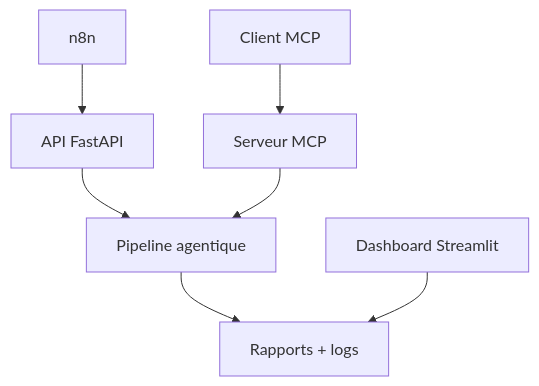
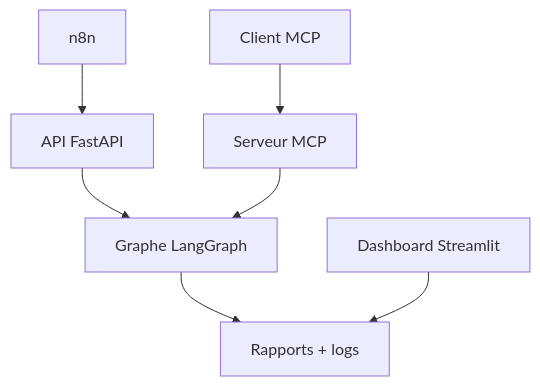
The second of 2 diagrams in rapport.md (OmarBour-lab/Veille-IA), drawn with Mermaid before and after one commit. The commit also changed other lines of this file and 26 other files, not shown here.

````diff
--- a/rapport.md
+++ b/rapport.md
@@ -112,9 +117,9 @@
 ```mermaid
 flowchart TD
     A["n8n"] --> B["API FastAPI"]
-    B --> C["Pipeline agentique"]
+    B --> C["Graphe LangGraph"]
     D["Client MCP"] --> E["Serveur MCP"]
     E --> C
     C --> F["Rapports + logs"]
     G["Dashboard Streamlit"] --> F
 ```
````
